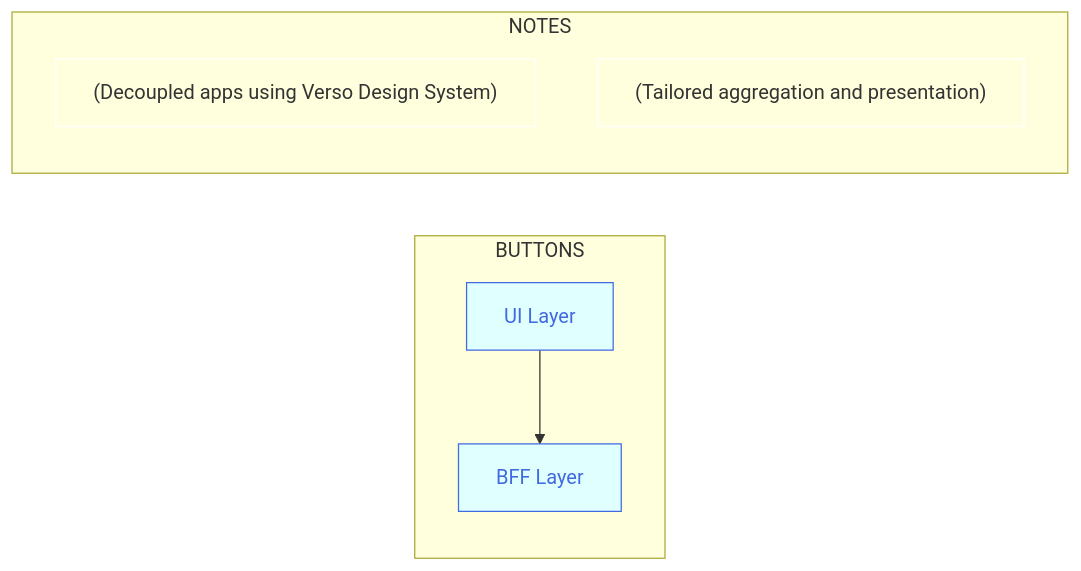
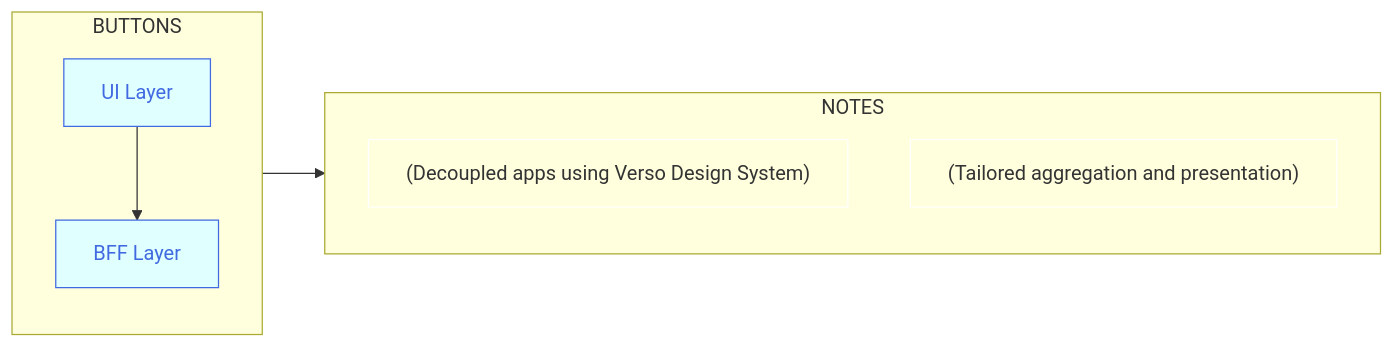
Before and after one commit to joe-dorward/samples: the first of 2 diagrams in buttons_mermaid_v3.md, drawn with Mermaid.

````diff
--- a/buttons_mermaid_v3.md
+++ b/buttons_mermaid_v3.md
@@ -3,27 +3,31 @@
 ```mermaid
   %%{
     init: {"flowchart": { "markdownAutoWrap":"false", "textWrap":"false", "wrappingWidth": "100%" }
     }
   }%%
   flowchart LR
 
   %% define styles
   classDef Button fill:lightcyan, stroke:royalblue, color:royalblue;
   classDef Note fill:transparent, stroke:white, text-align:left;
 
   subgraph BUTTONS
-    %%direction TD
+    direction TD
 
     BUTTON_01[UI Layer]:::Button
     BUTTON_02[BFF Layer]:::Button
+  end
+
+  subgraph NOTES
+    direction TD
+    BUTTON_01_NOTE["(Decoupled apps using Verso Design System)"]:::Note
+    BUTTON_02_NOTE["(Tailored aggregation and presentation)"]:::Note
+  end
+
 
     BUTTON_01-->
     BUTTON_02
-  end
 
-  subgraph NOTES
-    %%direction TD
-    BUTTON_01_NOTE["(Decoupled apps using Verso Design System)"]:::Note
-    BUTTON_02_NOTE["(Tailored aggregation and presentation)"]:::Note
-  end
+BUTTON_01-->
+BUTTON_01_NOTE
 ```
````
